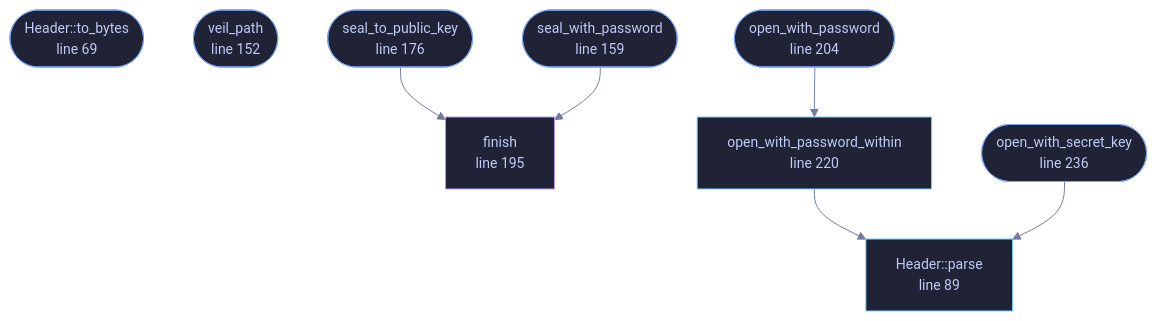
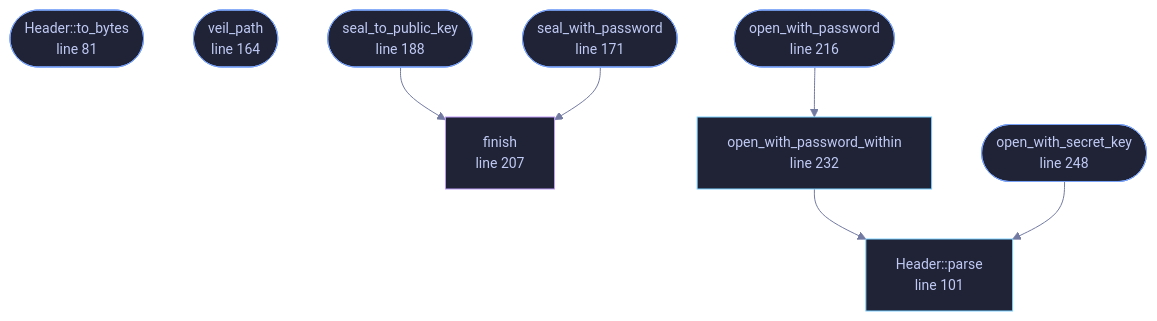
One commit to tilas01/veilvoice changed the diagram in wiki/File-veilvoice-crypto-container.md. Above: the diagram before and after it, drawn with Mermaid. The commit also changed other lines of this file and 487 other files, not shown here.

````diff
--- a/wiki/File-veilvoice-crypto-container.md
+++ b/wiki/File-veilvoice-crypto-container.md
@@ -74,33 +87,33 @@
 ```mermaid
 %%{init: {"theme":"base","themeVariables":{"background":"#1a1b26","primaryColor":"#1f2335","primaryTextColor":"#c0caf5","primaryBorderColor":"#7aa2f7","secondaryColor":"#16161e","tertiaryColor":"#16161e","lineColor":"#737aa2","textColor":"#c0caf5","mainBkg":"#1f2335","nodeBorder":"#7aa2f7","clusterBkg":"#16161e","clusterBorder":"#2f3549","fontFamily":"ui-monospace, SFMono-Regular, Consolas, monospace","fontSize":"14px"}}}%%
 flowchart TD
-    n_to_bytes(["Header::to_bytes<br/>line 69"])
-    n_parse["Header::parse<br/>line 89"]
-    n_veil_path(["veil_path<br/>line 152"])
-    n_seal_with_password(["seal_with_password<br/>line 159"])
-    n_seal_to_public_key(["seal_to_public_key<br/>line 176"])
-    n_finish["finish<br/>line 195"]
-    n_open_with_password(["open_with_password<br/>line 204"])
-    n_open_with_password_within["open_with_password_within<br/>line 220"]
-    n_open_with_secret_key(["open_with_secret_key<br/>line 236"])
+    n_to_bytes(["Header::to_bytes<br/>line 81"])
+    n_parse["Header::parse<br/>line 101"]
+    n_veil_path(["veil_path<br/>line 164"])
+    n_seal_with_password(["seal_with_password<br/>line 171"])
+    n_seal_to_public_key(["seal_to_public_key<br/>line 188"])
+    n_finish["finish<br/>line 207"]
+    n_open_with_password(["open_with_password<br/>line 216"])
+    n_open_with_password_within["open_with_password_within<br/>line 232"]
+    n_open_with_secret_key(["open_with_secret_key<br/>line 248"])
     n_open_with_password --> n_open_with_password_within
     n_open_with_password_within --> n_parse
     n_open_with_secret_key --> n_parse
     n_seal_to_public_key --> n_finish
     n_seal_with_password --> n_finish
-    click n_to_bytes href "https://github.com/tilas01/veilvoice/blob/main/crates/veilvoice-crypto/src/container.rs#L69" "open the source"
-    click n_parse href "https://github.com/tilas01/veilvoice/blob/main/crates/veilvoice-crypto/src/container.rs#L89" "open the source"
-    click n_veil_path href "https://github.com/tilas01/veilvoice/blob/main/crates/veilvoice-crypto/src/container.rs#L152" "open the source"
-    click n_seal_with_password href "https://github.com/tilas01/veilvoice/blob/main/crates/veilvoice-crypto/src/container.rs#L159" "open the source"
-    click n_seal_to_public_key href "https://github.com/tilas01/veilvoice/blob/main/crates/veilvoice-crypto/src/container.rs#L176" "open the source"
-    click n_finish href "https://github.com/tilas01/veilvoice/blob/main/crates/veilvoice-crypto/src/container.rs#L195" "open the source"
-    click n_open_with_password href "https://github.com/tilas01/veilvoice/blob/main/crates/veilvoice-crypto/src/container.rs#L204" "open the source"
-    click n_open_with_password_within href "https://github.com/tilas01/veilvoice/blob/main/crates/veilvoice-crypto/src/container.rs#L220" "open the source"
-    click n_open_with_secret_key href "https://github.com/tilas01/veilvoice/blob/main/crates/veilvoice-crypto/src/container.rs#L236" "open the source"
+    click n_to_bytes href "https://github.com/tilas01/veilvoice/blob/main/crates/veilvoice-crypto/src/container.rs#L81" "open the source"
+    click n_parse href "https://github.com/tilas01/veilvoice/blob/main/crates/veilvoice-crypto/src/container.rs#L101" "open the source"
+    click n_veil_path href "https://github.com/tilas01/veilvoice/blob/main/crates/veilvoice-crypto/src/container.rs#L164" "open the source"
+    click n_seal_with_password href "https://github.com/tilas01/veilvoice/blob/main/crates/veilvoice-crypto/src/container.rs#L171" "open the source"
+    click n_seal_to_public_key href "https://github.com/tilas01/veilvoice/blob/main/crates/veilvoice-crypto/src/container.rs#L188" "open the source"
+    click n_finish href "https://github.com/tilas01/veilvoice/blob/main/crates/veilvoice-crypto/src/container.rs#L207" "open the source"
+    click n_open_with_password href "https://github.com/tilas01/veilvoice/blob/main/crates/veilvoice-crypto/src/container.rs#L216" "open the source"
+    click n_open_with_password_within href "https://github.com/tilas01/veilvoice/blob/main/crates/veilvoice-crypto/src/container.rs#L232" "open the source"
+    click n_open_with_secret_key href "https://github.com/tilas01/veilvoice/blob/main/crates/veilvoice-crypto/src/container.rs#L248" "open the source"
     classDef entry fill:#1f2335,stroke:#7aa2f7,color:#c0caf5
     class n_to_bytes,n_veil_path,n_seal_with_password,n_seal_to_public_key,n_open_with_password,n_open_with_secret_key entry
     classDef api fill:#1f2335,stroke:#7dcfff,color:#c0caf5
     class n_parse,n_open_with_password_within api
     classDef helper fill:#1f2335,stroke:#bb9af7,color:#c0caf5
     class n_finish helper
 ```
````
